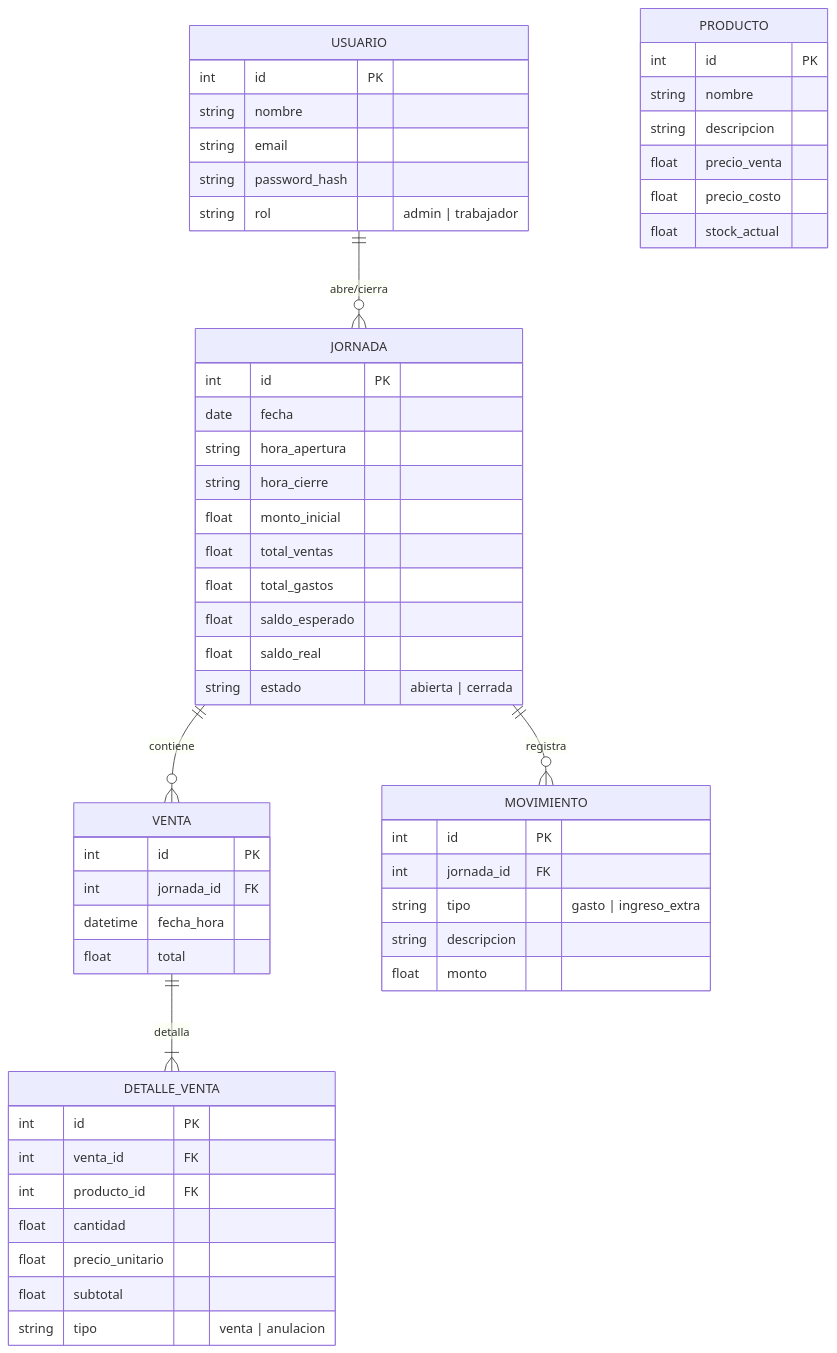
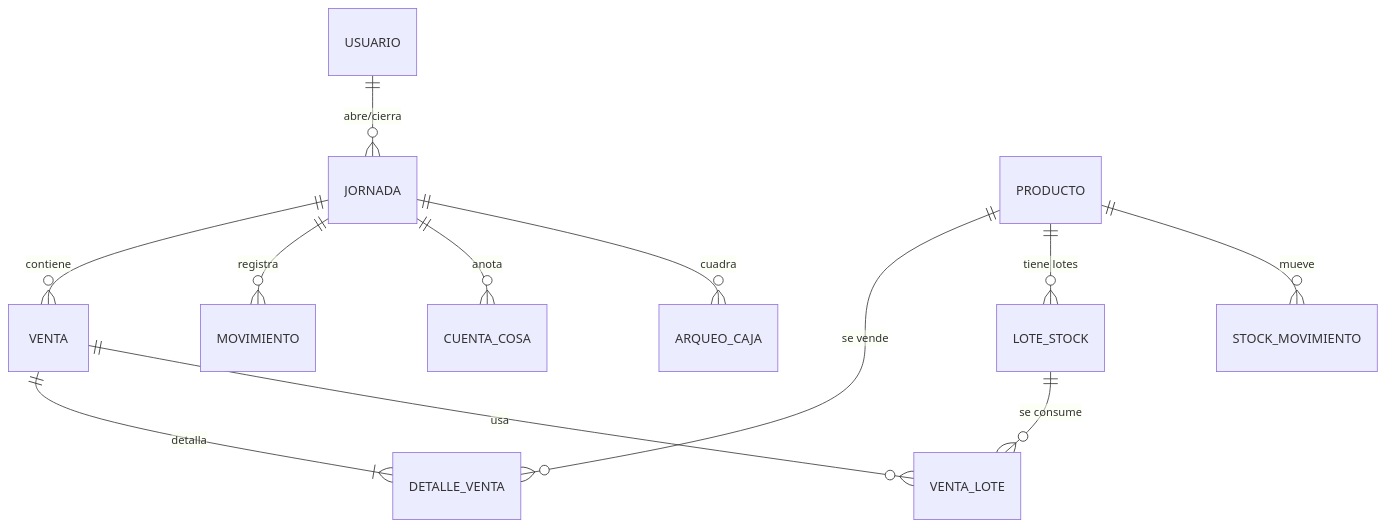
The diagram in README.md (maikolgarcialorenzo2001-rgb/Mipime-App), drawn with Mermaid before and after one commit. The commit also changed other lines of this file, not shown here.

Commit message:
docs(readme): actualizar con el estado real de la app (v0.1.15-beta)

````diff
--- a/README.md
+++ b/README.md
@@ -84,56 +136,14 @@
 ```mermaid
 erDiagram
     USUARIO ||--o{ JORNADA : "abre/cierra"
-    USUARIO {
-        int id PK
-        string nombre
-        string email
-        string password_hash
-        string rol "admin | trabajador"
-    }
     JORNADA ||--o{ VENTA : "contiene"
     JORNADA ||--o{ MOVIMIENTO : "registra"
-    JORNADA {
-        int id PK
-        date fecha
-        string hora_apertura
-        string hora_cierre
-        float monto_inicial
-        float total_ventas
-        float total_gastos
-        float saldo_esperado
-        float saldo_real
-        string estado "abierta | cerrada"
-    }
     VENTA ||--|{ DETALLE_VENTA : "detalla"
-    VENTA {
-        int id PK
-        int jornada_id FK
-        datetime fecha_hora
-        float total
-    }
-    DETALLE_VENTA {
-        int id PK
-        int venta_id FK
-        int producto_id FK
-        float cantidad
-        float precio_unitario
-        float subtotal
-        string tipo "venta | anulacion"
-    }
-    PRODUCTO {
-        int id PK
-        string nombre
-        string descripcion
-        float precio_venta
-        float precio_costo
-        float stock_actual
-    }
-    MOVIMIENTO {
-        int id PK
-        int jornada_id FK
-        string tipo "gasto | ingreso_extra"
-        string descripcion
-        float monto
-    }
+    PRODUCTO ||--o{ DETALLE_VENTA : "se vende"
+    PRODUCTO ||--o{ LOTE_STOCK : "tiene lotes"
+    LOTE_STOCK ||--o{ VENTA_LOTE : "se consume"
+    VENTA ||--o{ VENTA_LOTE : "usa"
+    PRODUCTO ||--o{ STOCK_MOVIMIENTO : "mueve"
+    JORNADA ||--o{ CUENTA_COSA : "anota"
+    JORNADA ||--o{ ARQUEO_CAJA : "cuadra"
 ```
````
